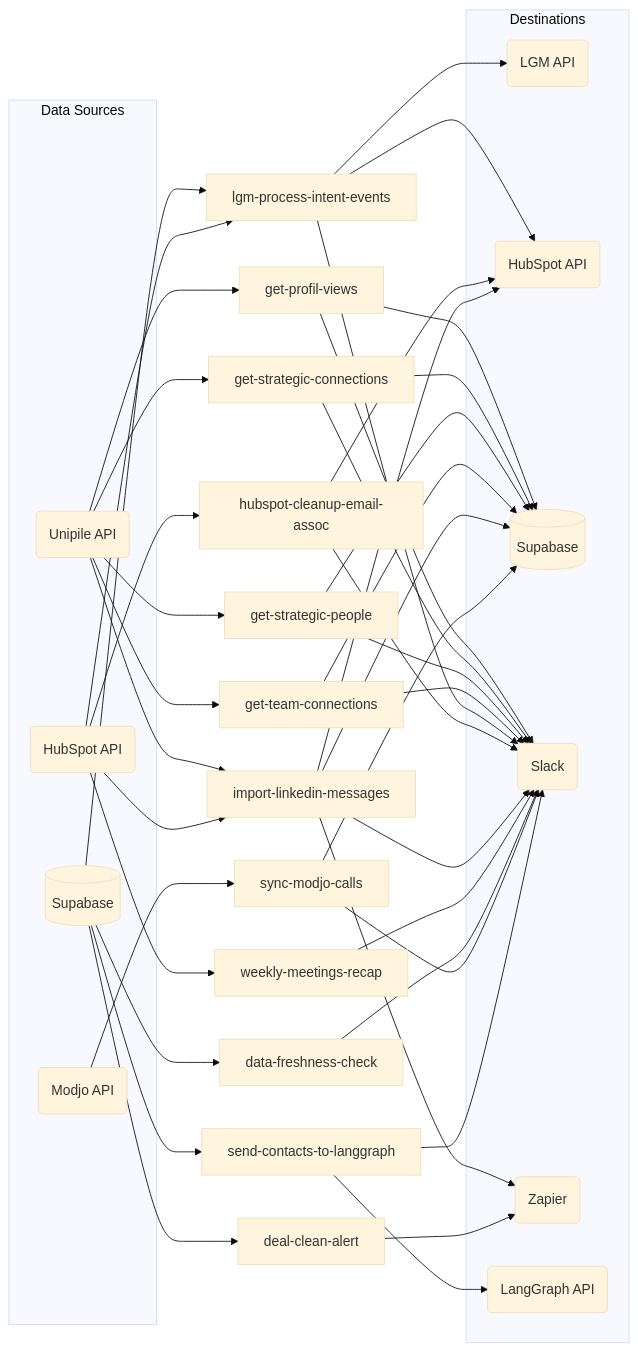
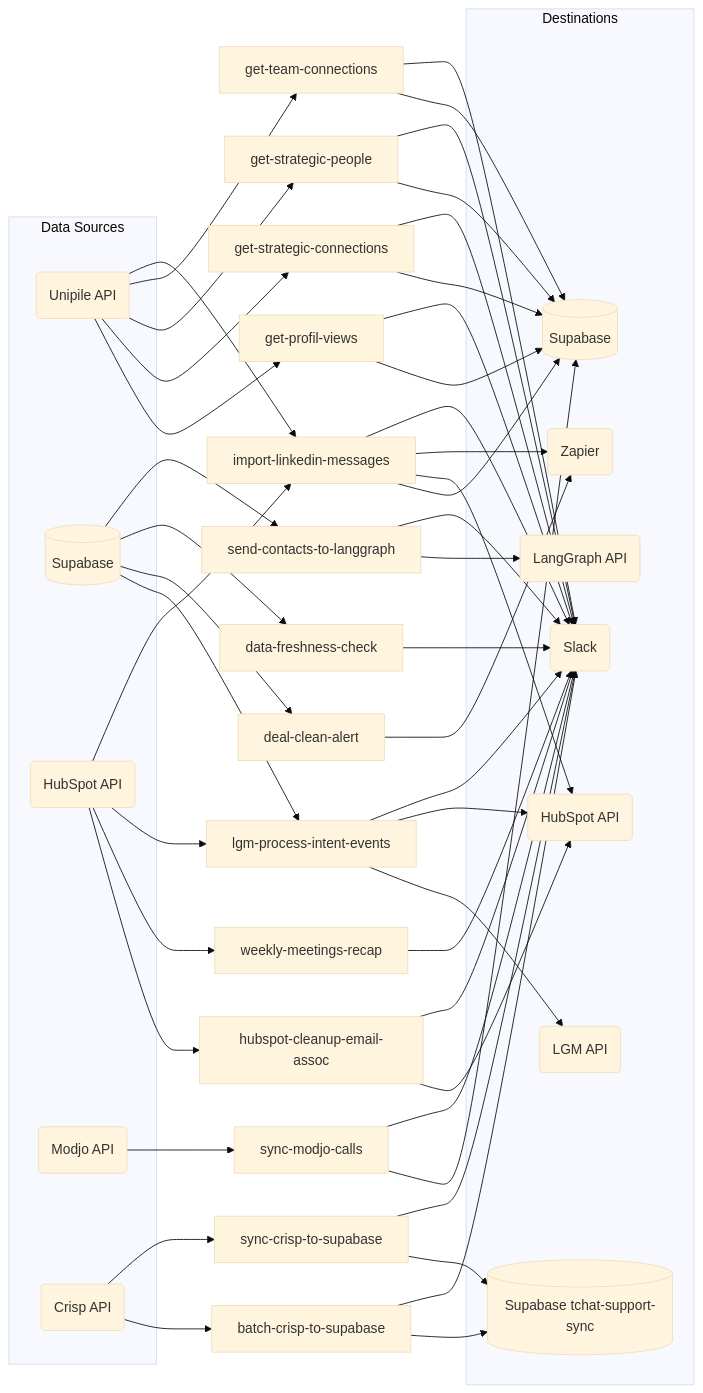
Before and after one commit to AirSaas/linkedin-scrapp: the first of 16 diagrams in CLAUDE.md, drawn with Mermaid (base theme). The commit also changed other lines of this file and 4 other files, not shown here.

First line of the commit message:
Add Crisp → Supabase sync tasks (batch + incremental)

````diff
--- a/CLAUDE.md
+++ b/CLAUDE.md
@@ -45,36 +49,41 @@
 ```mermaid
 flowchart LR
     subgraph src ["Data Sources"]
         UN(Unipile API)
         SB[(Supabase)]
         HS_I(HubSpot API)
         MJ(Modjo API)
+        CR(Crisp API)
     end
 
     subgraph dst ["Destinations"]
         LGM_O(LGM API)
         HS_O(HubSpot API)
         SB_O[(Supabase)]
+        SB_CR[(Supabase tchat-support-sync)]
         SL(Slack)
         ZP(Zapier)
         LG(LangGraph API)
     end
 
     UN --> GPV[get-profil-views] & GSC[get-strategic-connections] & GSP[get-strategic-people] & GTC[get-team-connections] & ILM[import-linkedin-messages]
     SB --> LPI[lgm-process-intent-events] & DCA[deal-clean-alert] & DFC[data-freshness-check] & SCL[send-contacts-to-langgraph]
     HS_I --> HCE[hubspot-cleanup-email-assoc] & WMR[weekly-meetings-recap] & LPI & ILM
     MJ --> SMC[sync-modjo-calls]
+    CR --> BCS[batch-crisp-to-supabase] & SCS[sync-crisp-to-supabase]
 
     GPV --> SB_O & SL
     GSC --> SB_O & SL
     GSP --> SB_O & SL
     GTC --> SB_O & SL
     LPI --> LGM_O & HS_O & SL
     HCE --> HS_O & SL
     ILM --> SB_O & HS_O & ZP & SL
     WMR --> SL
     DCA --> ZP
     DFC --> SL
     SMC --> SB_O & SL
     SCL --> LG & SL
+    BCS --> SB_CR & SL
+    SCS --> SB_CR & SL
 ```
````
